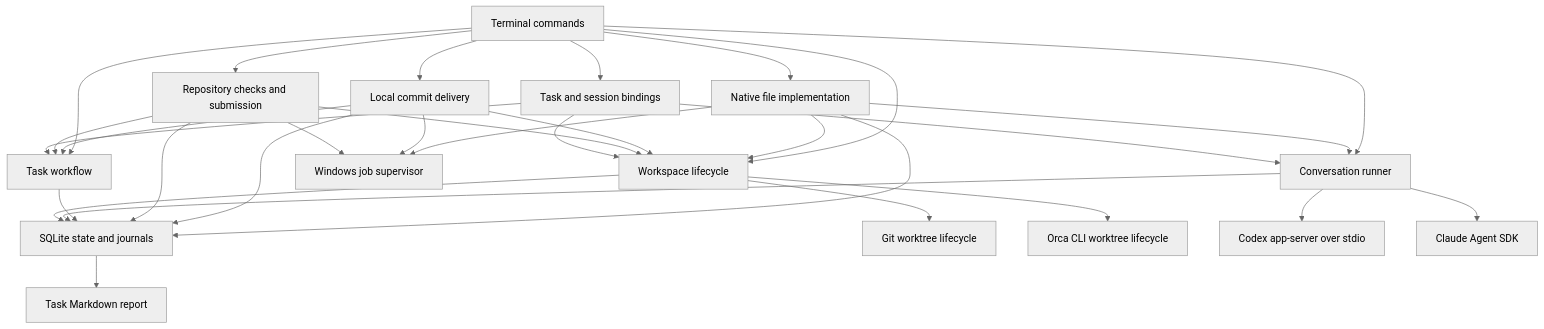
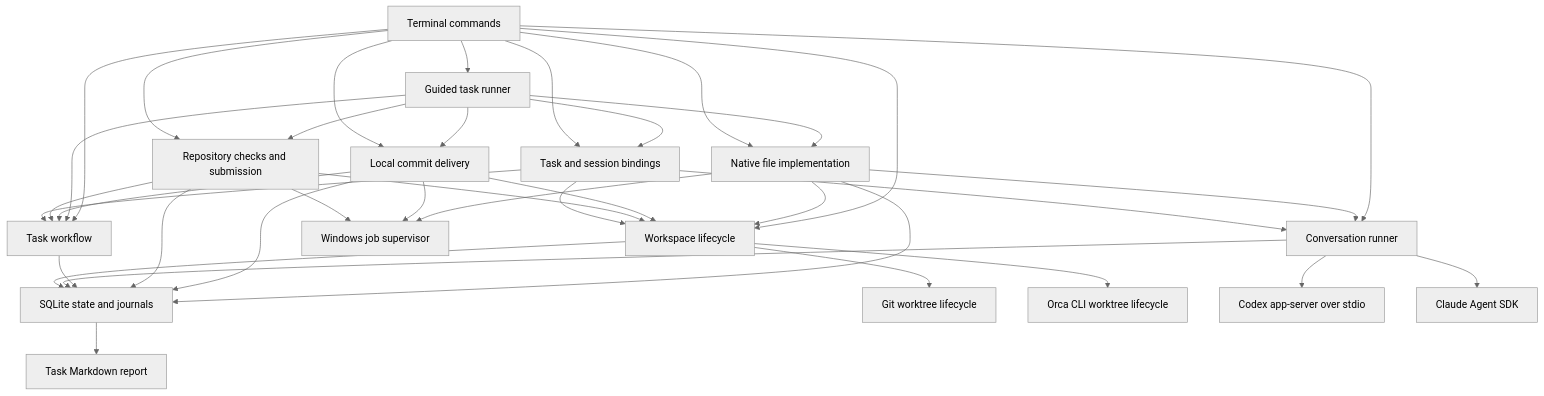
One commit to jazzonaut/grampus changed the diagram in docs/ARCHITECTURE.md. Above: the diagram before and after it, drawn with Mermaid (neutral theme). The commit also changed other lines of this file and 24 other files, not shown here.

Commit message:
Add guided task execution and reliable Windows process recovery

````diff
--- a/docs/ARCHITECTURE.md
+++ b/docs/ARCHITECTURE.md
@@ -9,33 +9,39 @@
 ```mermaid
 flowchart TD
     CLI[Terminal commands] --> Workflow[Task workflow]
+    CLI --> Guided[Guided task runner]
+    Guided --> Workflow
+    Guided --> Executions
+    Guided --> Checks
+    Guided --> Deliveries
+    Guided --> Implementations
     CLI --> Sessions[Conversation runner]
     CLI --> Workspaces[Workspace lifecycle]
     CLI --> Executions[Task and session bindings]
     CLI --> Checks[Repository checks and submission]
     CLI --> Deliveries[Local commit delivery]
     CLI --> Implementations[Native file implementation]
     Implementations --> Store
     Implementations --> Sessions
     Implementations --> Workspaces
     Implementations --> Job
     Deliveries --> Store
     Deliveries --> Workspaces
     Deliveries --> Workflow
     Deliveries --> Job
     Checks --> Workspaces
     Checks --> Workflow
     Checks --> Store
     Checks --> Job[Windows job supervisor]
     Executions --> Workflow
     Executions --> Sessions
     Executions --> Workspaces
     Workflow --> Store[SQLite state and journals]
     Sessions --> Store
     Workspaces --> Store
     Workspaces --> Git[Git worktree lifecycle]
     Workspaces --> Orca[Orca CLI worktree lifecycle]
     Sessions --> Codex[Codex app-server over stdio]
     Sessions --> Claude[Claude Agent SDK]
     Store --> Report[Task Markdown report]
 ```
````
